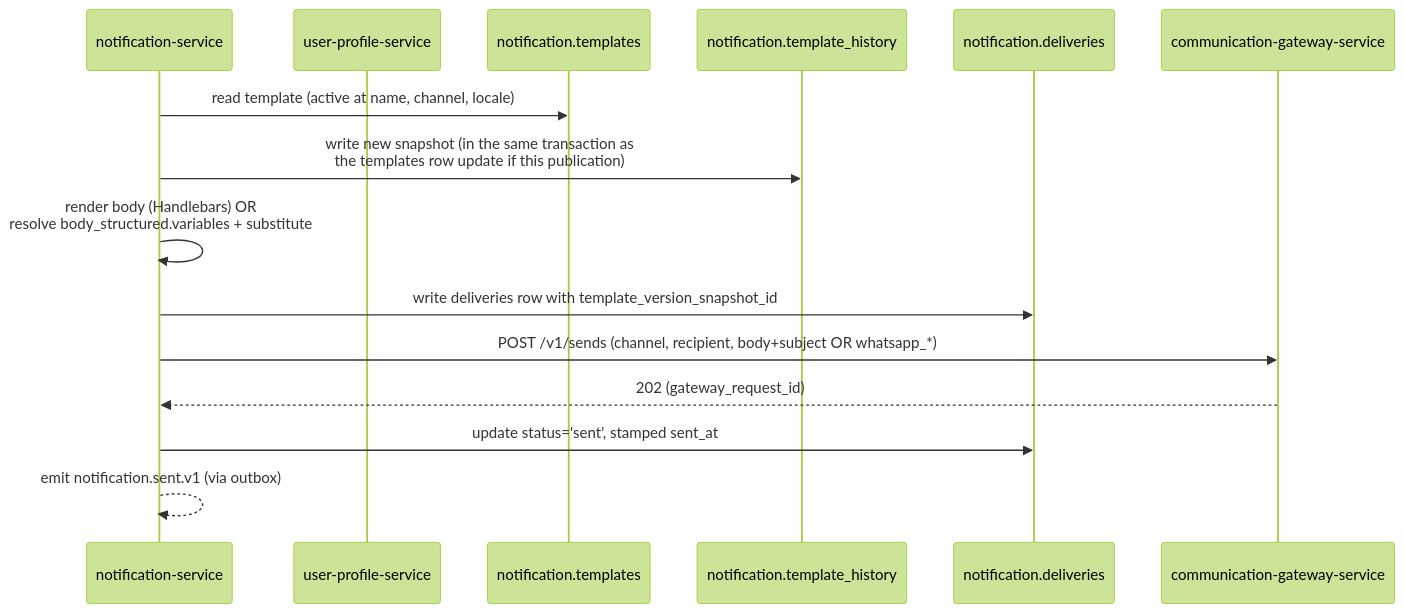
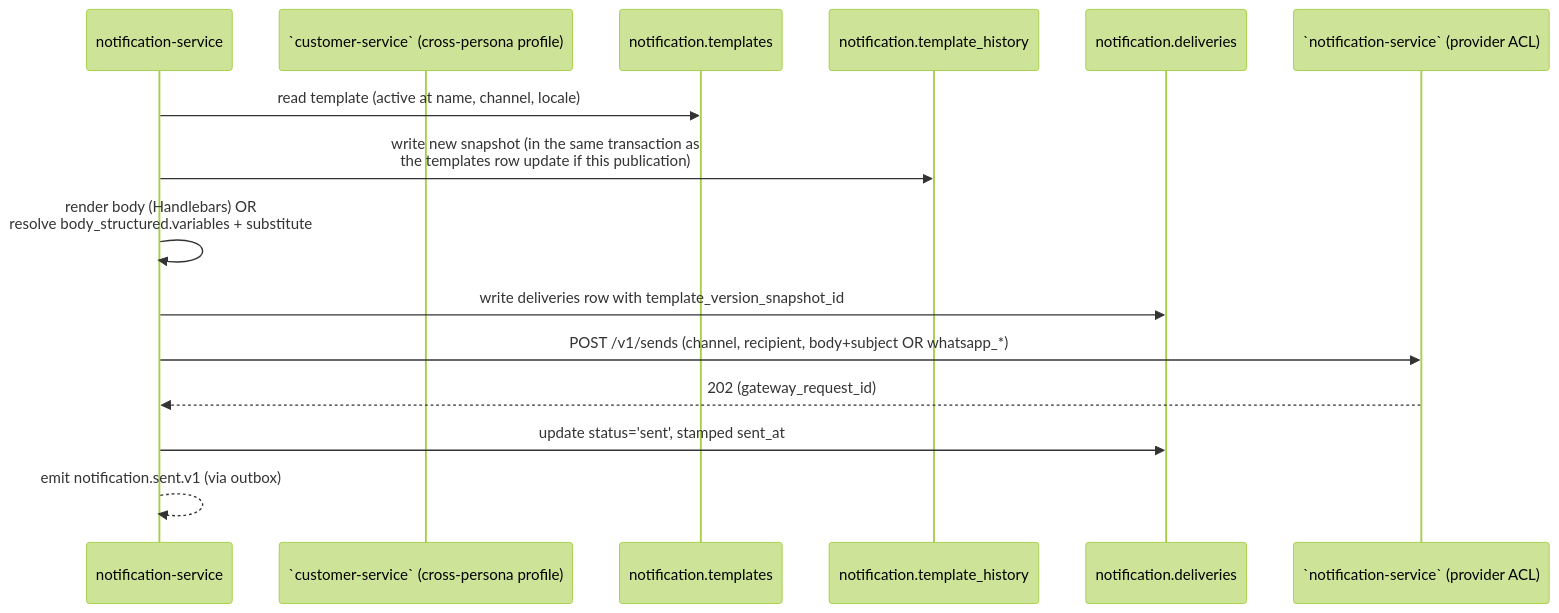
One commit to mohamedhabibwork/trips-enjoy-docs changed the diagram in docs/services/notification-service/MESSAGE_HISTORY.md. Above: the diagram before and after it, drawn with Mermaid (forest theme). The commit also changed other lines of this file and 525 other files, not shown here.

````diff
--- a/docs/services/notification-service/MESSAGE_HISTORY.md
+++ b/docs/services/notification-service/MESSAGE_HISTORY.md
@@ -71,18 +71,18 @@
 ```mermaid
 sequenceDiagram
     participant NS as notification-service
-    participant UPS as user-profile-service
+    participant UPS as `customer-service` (cross-persona profile)
     participant T as notification.templates
     participant TH as notification.template_history
     participant D as notification.deliveries
-    participant GW as communication-gateway-service
+    participant GW as `notification-service` (provider ACL)
 
     NS->>T: read template (active at name, channel, locale)
     NS->>TH: write new snapshot (in the same transaction as<br/>the templates row update if this publication)
     NS->>NS: render body (Handlebars) OR<br/>resolve body_structured.variables + substitute
     NS->>D: write deliveries row with template_version_snapshot_id
     NS->>GW: POST /v1/sends (channel, recipient, body+subject OR whatsapp_*)
     GW-->>NS: 202 (gateway_request_id)
     NS->>D: update status='sent', stamped sent_at
     NS-->>NS: emit notification.sent.v1 (via outbox)
 ```
````
